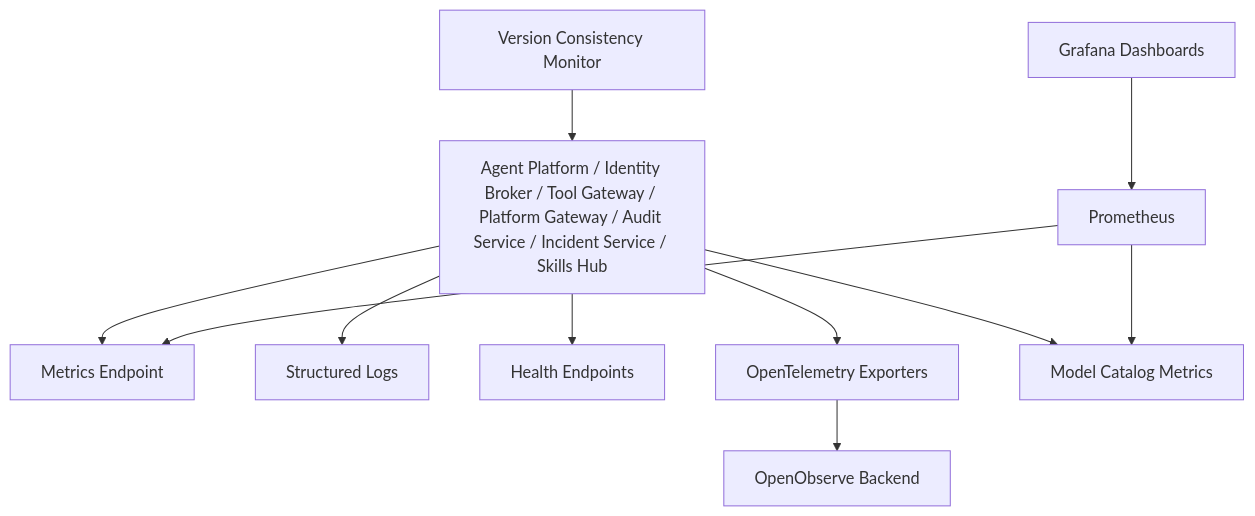
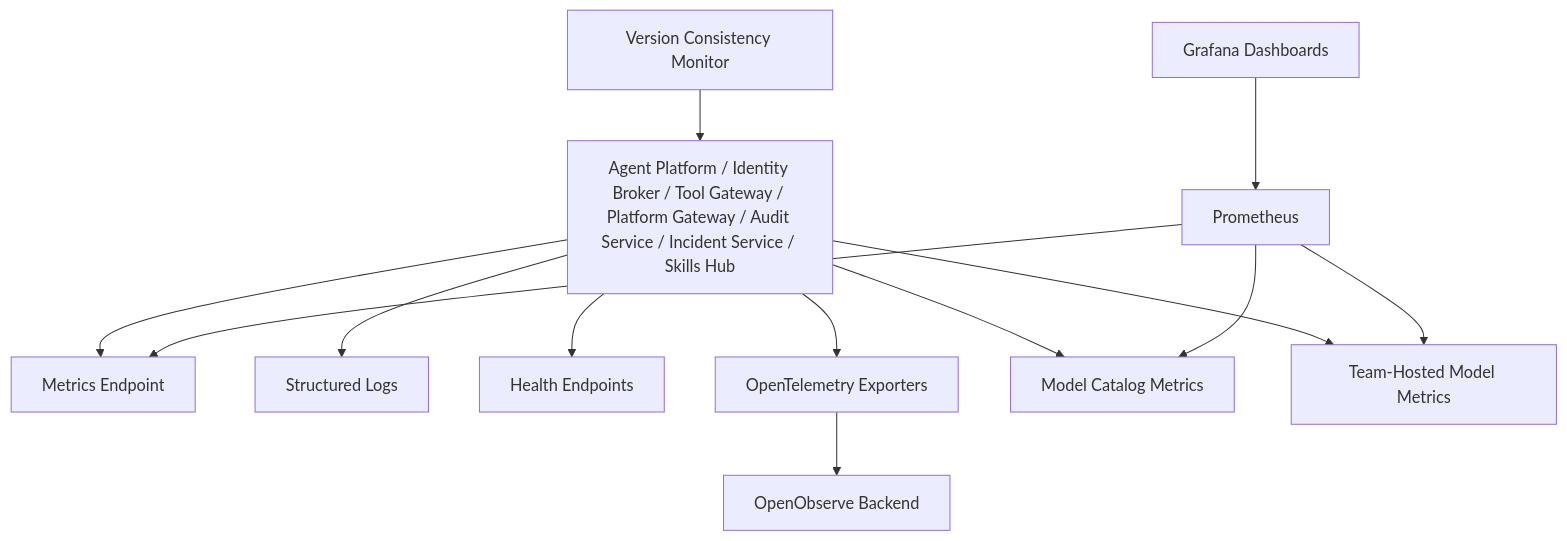
Before and after one commit to metasync/luban-aiops: diagram 11 of 12 in .qoder/repowiki/en/content/Deployment and Operations/Deployment and Operations.md, drawn with Mermaid. The commit also changed other lines of this file and 16 other files, not shown here.

````diff
--- a/.qoder/repowiki/en/content/Deployment and Operations/Deployment and Operations.md
+++ b/.qoder/repowiki/en/content/Deployment and Operations/Deployment and Operations.md
@@ -695,23 +796,26 @@
 ```mermaid
 graph TB
 Services["Agent Platform / Identity Broker / Tool Gateway / Platform Gateway / Audit Service / Incident Service / Skills Hub"]
 Metrics["Metrics Endpoint"]
 Logs["Structured Logs"]
 Health["Health Endpoints"]
 OTel["OpenTelemetry Exporters"]
 ModelMetrics["Model Catalog Metrics"]
+LLMMetrics["Team-Hosted Model Metrics"]
 Prometheus["Prometheus"]
 Grafana["Grafana Dashboards"]
 OpenObserve["OpenObserve Backend"]
 VersionMonitor["Version Consistency Monitor"]
 Services --> Metrics
 Services --> Logs
 Services --> Health
 Services --> OTel
 Services --> ModelMetrics
+Services --> LLMMetrics
 Prometheus --> Metrics
 Prometheus --> ModelMetrics
+Prometheus --> LLMMetrics
 Grafana --> Prometheus
 OTel --> OpenObserve
 VersionMonitor --> Services
 ```
````
